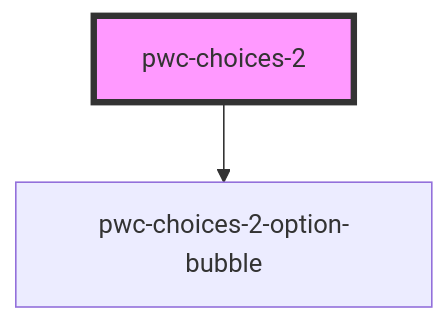
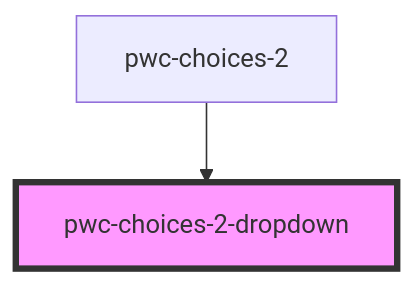
One commit to Paraboly/pwc-choices changed the diagram in src/components/pwc-choices-2-dropdown/readme.md. Above: the diagram before and after it, drawn with Mermaid. The commit also changed other lines of this file and 4 other files, not shown here.

````diff
--- a/src/components/pwc-choices-2-dropdown/readme.md
+++ b/src/components/pwc-choices-2-dropdown/readme.md
@@ -39,5 +28,5 @@
 ```mermaid
 graph TD;
-  pwc-choices-2 --> pwc-choices-2-option-bubble
-  style pwc-choices-2 fill:#f9f,stroke:#333,stroke-width:4px
+  pwc-choices-2 --> pwc-choices-2-dropdown
+  style pwc-choices-2-dropdown fill:#f9f,stroke:#333,stroke-width:4px
 ```
````
